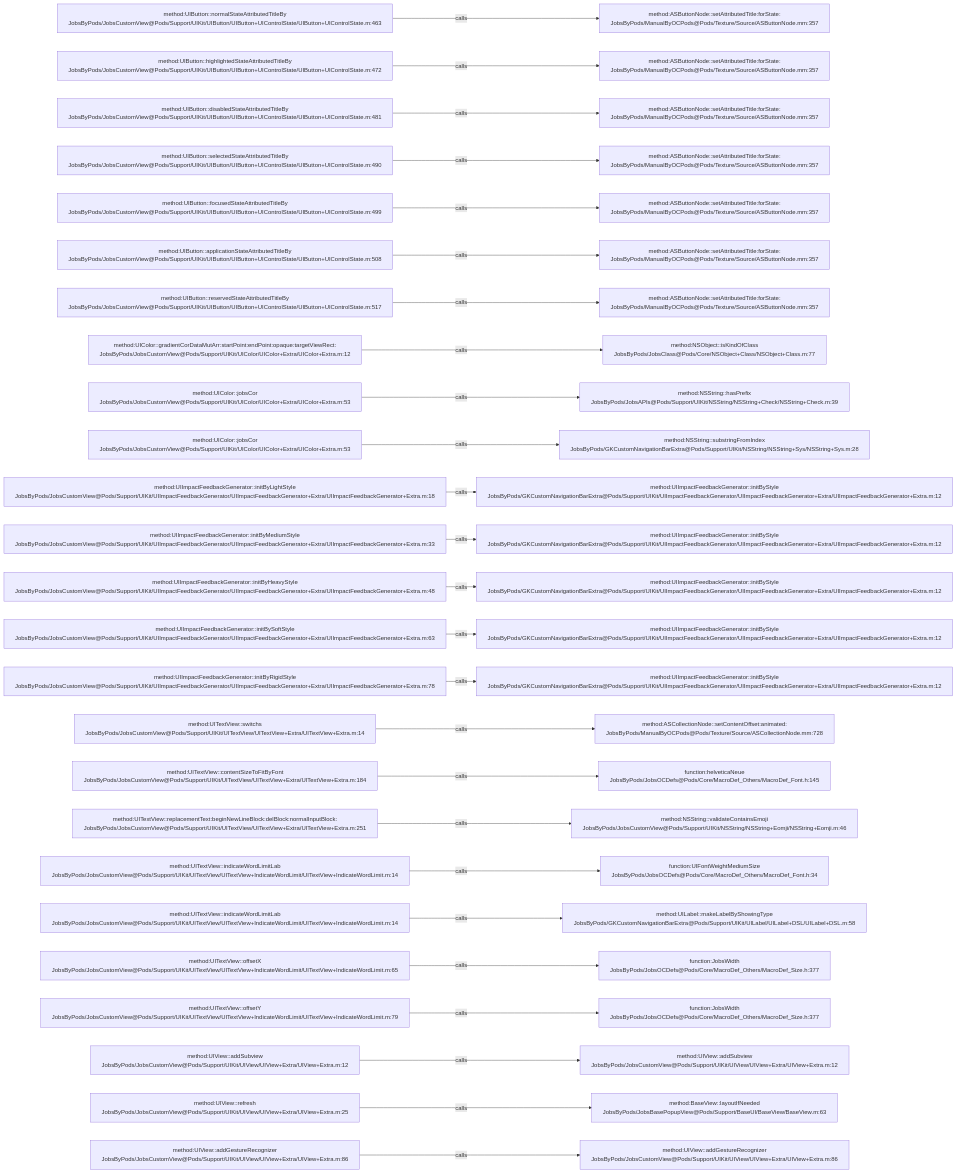
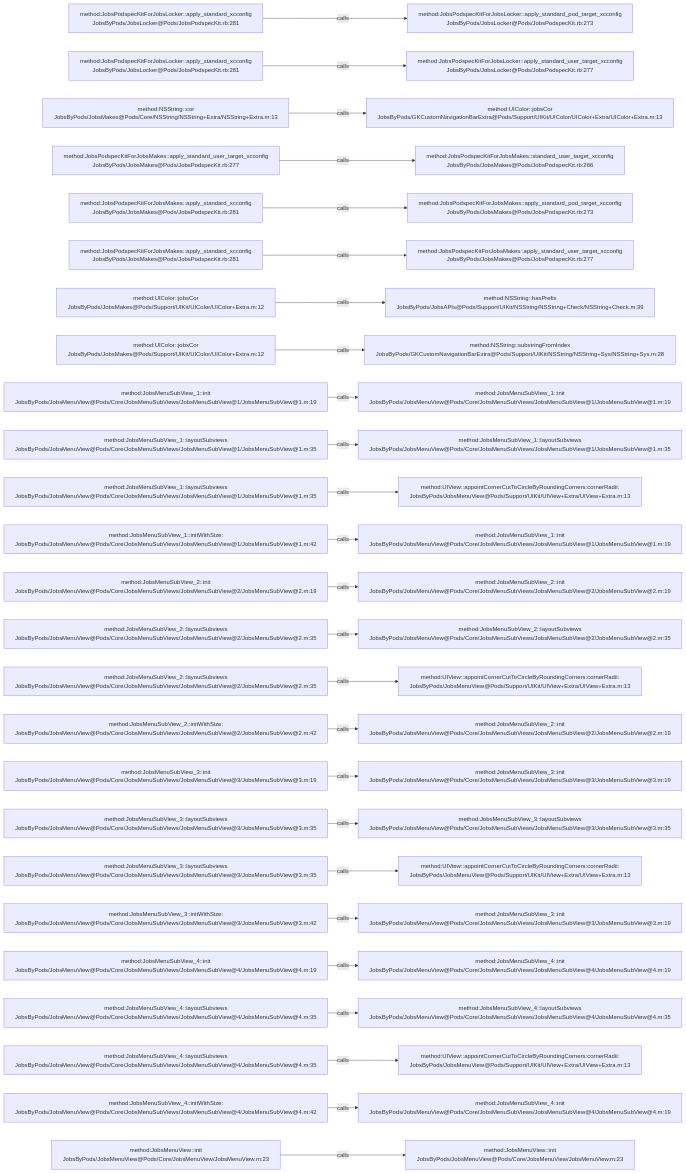
The diagram in .codegraph/codegraph.md/graphs/calls-112.md (JobsKits/JobsOCBaseConfigDemo), drawn with Mermaid before and after one commit. The commit also changed 1026 other files, not shown here.

````diff
--- a/.codegraph/codegraph.md/graphs/calls-112.md
+++ b/.codegraph/codegraph.md/graphs/calls-112.md
@@ -13,78 +13,78 @@
 ```mermaid
 flowchart LR
-  S1["method:UIButton::normalStateAttributedTitleBy<br/>JobsByPods/JobsCustomView@Pods/Support/UIKit/UIButton/UIButton+UIControlState/UIButton+UIControlState.m:463"]
-  T1["method:ASButtonNode::setAttributedTitle:forState:<br/>JobsByPods/ManualByOCPods@Pods/Texture/Source/ASButtonNode.mm:357"]
+  S1["method:JobsPodspecKitForJobsLocker::apply_standard_xcconfig<br/>JobsByPods/JobsLocker@Pods/JobsPodspecKit.rb:281"]
+  T1["method:JobsPodspecKitForJobsLocker::apply_standard_pod_target_xcconfig<br/>JobsByPods/JobsLocker@Pods/JobsPodspecKit.rb:273"]
   S1 -->|calls| T1
-  S2["method:UIButton::highlightedStateAttributedTitleBy<br/>JobsByPods/JobsCustomView@Pods/Support/UIKit/UIButton/UIButton+UIControlState/UIButton+UIControlState.m:472"]
-  T2["method:ASButtonNode::setAttributedTitle:forState:<br/>JobsByPods/ManualByOCPods@Pods/Texture/Source/ASButtonNode.mm:357"]
+  S2["method:JobsPodspecKitForJobsLocker::apply_standard_xcconfig<br/>JobsByPods/JobsLocker@Pods/JobsPodspecKit.rb:281"]
+  T2["method:JobsPodspecKitForJobsLocker::apply_standard_user_target_xcconfig<br/>JobsByPods/JobsLocker@Pods/JobsPodspecKit.rb:277"]
   S2 -->|calls| T2
-  S3["method:UIButton::disabledStateAttributedTitleBy<br/>JobsByPods/JobsCustomView@Pods/Support/UIKit/UIButton/UIButton+UIControlState/UIButton+UIControlState.m:481"]
-  T3["method:ASButtonNode::setAttributedTitle:forState:<br/>JobsByPods/ManualByOCPods@Pods/Texture/Source/ASButtonNode.mm:357"]
+  S3["method:NSString::cor<br/>JobsByPods/JobsMakes@Pods/Core/NSString/NSString+Extra/NSString+Extra.m:13"]
+  T3["method:UIColor::jobsCor<br/>JobsByPods/GKCustomNavigationBarExtra@Pods/Support/UIKit/UIColor/UIColor+Extra/UIColor+Extra.m:13"]
   S3 -->|calls| T3
-  S4["method:UIButton::selectedStateAttributedTitleBy<br/>JobsByPods/JobsCustomView@Pods/Support/UIKit/UIButton/UIButton+UIControlState/UIButton+UIControlState.m:490"]
-  T4["method:ASButtonNode::setAttributedTitle:forState:<br/>JobsByPods/ManualByOCPods@Pods/Texture/Source/ASButtonNode.mm:357"]
+  S4["method:JobsPodspecKitForJobsMakes::apply_standard_user_target_xcconfig<br/>JobsByPods/JobsMakes@Pods/JobsPodspecKit.rb:277"]
+  T4["method:JobsPodspecKitForJobsMakes::standard_user_target_xcconfig<br/>JobsByPods/JobsMakes@Pods/JobsPodspecKit.rb:266"]
   S4 -->|calls| T4
-  S5["method:UIButton::focusedStateAttributedTitleBy<br/>JobsByPods/JobsCustomView@Pods/Support/UIKit/UIButton/UIButton+UIControlState/UIButton+UIControlState.m:499"]
-  T5["method:ASButtonNode::setAttributedTitle:forState:<br/>JobsByPods/ManualByOCPods@Pods/Texture/Source/ASButtonNode.mm:357"]
+  S5["method:JobsPodspecKitForJobsMakes::apply_standard_xcconfig<br/>JobsByPods/JobsMakes@Pods/JobsPodspecKit.rb:281"]
+  T5["method:JobsPodspecKitForJobsMakes::apply_standard_pod_target_xcconfig<br/>JobsByPods/JobsMakes@Pods/JobsPodspecKit.rb:273"]
   S5 -->|calls| T5
-  S6["method:UIButton::applicationStateAttributedTitleBy<br/>JobsByPods/JobsCustomView@Pods/Support/UIKit/UIButton/UIButton+UIControlState/UIButton+UIControlState.m:508"]
-  T6["method:ASButtonNode::setAttributedTitle:forState:<br/>JobsByPods/ManualByOCPods@Pods/Texture/Source/ASButtonNode.mm:357"]
+  S6["method:JobsPodspecKitForJobsMakes::apply_standard_xcconfig<br/>JobsByPods/JobsMakes@Pods/JobsPodspecKit.rb:281"]
+  T6["method:JobsPodspecKitForJobsMakes::apply_standard_user_target_xcconfig<br/>JobsByPods/JobsMakes@Pods/JobsPodspecKit.rb:277"]
   S6 -->|calls| T6
-  S7["method:UIButton::reservedStateAttributedTitleBy<br/>JobsByPods/JobsCustomView@Pods/Support/UIKit/UIButton/UIButton+UIControlState/UIButton+UIControlState.m:517"]
-  T7["method:ASButtonNode::setAttributedTitle:forState:<br/>JobsByPods/ManualByOCPods@Pods/Texture/Source/ASButtonNode.mm:357"]
+  S7["method:UIColor::jobsCor<br/>JobsByPods/JobsMakes@Pods/Support/UIKit/UIColor/UIColor+Extra.m:12"]
+  T7["method:NSString::hasPrefix<br/>JobsByPods/JobsAPIs@Pods/Support/UIKit/NSString/NSString+Check/NSString+Check.m:39"]
   S7 -->|calls| T7
-  S8["method:UIColor::gradientCorDataMutArr:startPoint:endPoint:opaque:targetViewRect:<br/>JobsByPods/JobsCustomView@Pods/Support/UIKit/UIColor/UIColor+Extra/UIColor+Extra.m:12"]
-  T8["method:NSObject::isKindOfClass<br/>JobsByPods/JobsClass@Pods/Core/NSObject+Class/NSObject+Class.m:77"]
+  S8["method:UIColor::jobsCor<br/>JobsByPods/JobsMakes@Pods/Support/UIKit/UIColor/UIColor+Extra.m:12"]
+  T8["method:NSString::substringFromIndex<br/>JobsByPods/GKCustomNavigationBarExtra@Pods/Support/UIKit/NSString/NSString+Sys/NSString+Sys.m:28"]
   S8 -->|calls| T8
-  S9["method:UIColor::jobsCor<br/>JobsByPods/JobsCustomView@Pods/Support/UIKit/UIColor/UIColor+Extra/UIColor+Extra.m:53"]
-  T9["method:NSString::hasPrefix<br/>JobsByPods/JobsAPIs@Pods/Support/UIKit/NSString/NSString+Check/NSString+Check.m:39"]
+  S9["method:JobsMenuSubView_1::init<br/>JobsByPods/JobsMenuView@Pods/Core/JobsMenuSubViews/JobsMenuSubView@1/JobsMenuSubView@1.m:19"]
+  T9["method:JobsMenuSubView_1::init<br/>JobsByPods/JobsMenuView@Pods/Core/JobsMenuSubViews/JobsMenuSubView@1/JobsMenuSubView@1.m:19"]
   S9 -->|calls| T9
-  S10["method:UIColor::jobsCor<br/>JobsByPods/JobsCustomView@Pods/Support/UIKit/UIColor/UIColor+Extra/UIColor+Extra.m:53"]
-  T10["method:NSString::substringFromIndex<br/>JobsByPods/GKCustomNavigationBarExtra@Pods/Support/UIKit/NSString/NSString+Sys/NSString+Sys.m:28"]
+  S10["method:JobsMenuSubView_1::layoutSubviews<br/>JobsByPods/JobsMenuView@Pods/Core/JobsMenuSubViews/JobsMenuSubView@1/JobsMenuSubView@1.m:35"]
+  T10["method:JobsMenuSubView_1::layoutSubviews<br/>JobsByPods/JobsMenuView@Pods/Core/JobsMenuSubViews/JobsMenuSubView@1/JobsMenuSubView@1.m:35"]
   S10 -->|calls| T10
-  S11["method:UIImpactFeedbackGenerator::initByLightStyle<br/>JobsByPods/JobsCustomView@Pods/Support/UIKit/UIImpactFeedbackGenerator/UIImpactFeedbackGenerator+Extra/UIImpactFeedbackGenerator+Extra.m:18"]
-  T11["method:UIImpactFeedbackGenerator::initByStyle<br/>JobsByPods/GKCustomNavigationBarExtra@Pods/Support/UIKit/UIImpactFeedbackGenerator/UIImpactFeedbackGenerator+Extra/UIImpactFeedbackGenerator+Extra.m:12"]
+  S11["method:JobsMenuSubView_1::layoutSubviews<br/>JobsByPods/JobsMenuView@Pods/Core/JobsMenuSubViews/JobsMenuSubView@1/JobsMenuSubView@1.m:35"]
+  T11["method:UIView::appointCornerCutToCircleByRoundingCorners:cornerRadii:<br/>JobsByPods/JobsMenuView@Pods/Support/UIKit/UIView+Extra/UIView+Extra.m:13"]
   S11 -->|calls| T11
-  S12["method:UIImpactFeedbackGenerator::initByMediumStyle<br/>JobsByPods/JobsCustomView@Pods/Support/UIKit/UIImpactFeedbackGenerator/UIImpactFeedbackGenerator+Extra/UIImpactFeedbackGenerator+Extra.m:33"]
-  T12["method:UIImpactFeedbackGenerator::initByStyle<br/>JobsByPods/GKCustomNavigationBarExtra@Pods/Support/UIKit/UIImpactFeedbackGenerator/UIImpactFeedbackGenerator+Extra/UIImpactFeedbackGenerator+Extra.m:12"]
+  S12["method:JobsMenuSubView_1::initWithSize:<br/>JobsByPods/JobsMenuView@Pods/Core/JobsMenuSubViews/JobsMenuSubView@1/JobsMenuSubView@1.m:42"]
+  T12["method:JobsMenuSubView_1::init<br/>JobsByPods/JobsMenuView@Pods/Core/JobsMenuSubViews/JobsMenuSubView@1/JobsMenuSubView@1.m:19"]
   S12 -->|calls| T12
-  S13["method:UIImpactFeedbackGenerator::initByHeavyStyle<br/>JobsByPods/JobsCustomView@Pods/Support/UIKit/UIImpactFeedbackGenerator/UIImpactFeedbackGenerator+Extra/UIImpactFeedbackGenerator+Extra.m:48"]
-  T13["method:UIImpactFeedbackGenerator::initByStyle<br/>JobsByPods/GKCustomNavigationBarExtra@Pods/Support/UIKit/UIImpactFeedbackGenerator/UIImpactFeedbackGenerator+Extra/UIImpactFeedbackGenerator+Extra.m:12"]
+  S13["method:JobsMenuSubView_2::init<br/>JobsByPods/JobsMenuView@Pods/Core/JobsMenuSubViews/JobsMenuSubView@2/JobsMenuSubView@2.m:19"]
+  T13["method:JobsMenuSubView_2::init<br/>JobsByPods/JobsMenuView@Pods/Core/JobsMenuSubViews/JobsMenuSubView@2/JobsMenuSubView@2.m:19"]
   S13 -->|calls| T13
-  S14["method:UIImpactFeedbackGenerator::initBySoftStyle<br/>JobsByPods/JobsCustomView@Pods/Support/UIKit/UIImpactFeedbackGenerator/UIImpactFeedbackGenerator+Extra/UIImpactFeedbackGenerator+Extra.m:63"]
-  T14["method:UIImpactFeedbackGenerator::initByStyle<br/>JobsByPods/GKCustomNavigationBarExtra@Pods/Support/UIKit/UIImpactFeedbackGenerator/UIImpactFeedbackGenerator+Extra/UIImpactFeedbackGenerator+Extra.m:12"]
+  S14["method:JobsMenuSubView_2::layoutSubviews<br/>JobsByPods/JobsMenuView@Pods/Core/JobsMenuSubViews/JobsMenuSubView@2/JobsMenuSubView@2.m:35"]
+  T14["method:JobsMenuSubView_2::layoutSubviews<br/>JobsByPods/JobsMenuView@Pods/Core/JobsMenuSubViews/JobsMenuSubView@2/JobsMenuSubView@2.m:35"]
   S14 -->|calls| T14
-  S15["method:UIImpactFeedbackGenerator::initByRigidStyle<br/>JobsByPods/JobsCustomView@Pods/Support/UIKit/UIImpactFeedbackGenerator/UIImpactFeedbackGenerator+Extra/UIImpactFeedbackGenerator+Extra.m:78"]
-  T15["method:UIImpactFeedbackGenerator::initByStyle<br/>JobsByPods/GKCustomNavigationBarExtra@Pods/Support/UIKit/UIImpactFeedbackGenerator/UIImpactFeedbackGenerator+Extra/UIImpactFeedbackGenerator+Extra.m:12"]
+  S15["method:JobsMenuSubView_2::layoutSubviews<br/>JobsByPods/JobsMenuView@Pods/Core/JobsMenuSubViews/JobsMenuSubView@2/JobsMenuSubView@2.m:35"]
+  T15["method:UIView::appointCornerCutToCircleByRoundingCorners:cornerRadii:<br/>JobsByPods/JobsMenuView@Pods/Support/UIKit/UIView+Extra/UIView+Extra.m:13"]
   S15 -->|calls| T15
-  S16["method:UITextView::switchs<br/>JobsByPods/JobsCustomView@Pods/Support/UIKit/UITextView/UITextView+Extra/UITextView+Extra.m:14"]
-  T16["method:ASCollectionNode::setContentOffset:animated:<br/>JobsByPods/ManualByOCPods@Pods/Texture/Source/ASCollectionNode.mm:728"]
+  S16["method:JobsMenuSubView_2::initWithSize:<br/>JobsByPods/JobsMenuView@Pods/Core/JobsMenuSubViews/JobsMenuSubView@2/JobsMenuSubView@2.m:42"]
+  T16["method:JobsMenuSubView_2::init<br/>JobsByPods/JobsMenuView@Pods/Core/JobsMenuSubViews/JobsMenuSubView@2/JobsMenuSubView@2.m:19"]
   S16 -->|calls| T16
-  S17["method:UITextView::contentSizeToFitByFont<br/>JobsByPods/JobsCustomView@Pods/Support/UIKit/UITextView/UITextView+Extra/UITextView+Extra.m:184"]
-  T17["function:helveticaNeue<br/>JobsByPods/JobsOCDefs@Pods/Core/MacroDef_Others/MacroDef_Font.h:145"]
+  S17["method:JobsMenuSubView_3::init<br/>JobsByPods/JobsMenuView@Pods/Core/JobsMenuSubViews/JobsMenuSubView@3/JobsMenuSubView@3.m:19"]
+  T17["method:JobsMenuSubView_3::init<br/>JobsByPods/JobsMenuView@Pods/Core/JobsMenuSubViews/JobsMenuSubView@3/JobsMenuSubView@3.m:19"]
   S17 -->|calls| T17
-  S18["method:UITextView::replacementText:beginNewLineBlock:delBlock:normalInputBlock:<br/>JobsByPods/JobsCustomView@Pods/Support/UIKit/UITextView/UITextView+Extra/UITextView+Extra.m:251"]
-  T18["method:NSString::validateContainsEmoji<br/>JobsByPods/JobsCustomView@Pods/Support/UIKit/NSString/NSString+Eomji/NSString+Eomji.m:46"]
+  S18["method:JobsMenuSubView_3::layoutSubviews<br/>JobsByPods/JobsMenuView@Pods/Core/JobsMenuSubViews/JobsMenuSubView@3/JobsMenuSubView@3.m:35"]
+  T18["method:JobsMenuSubView_3::layoutSubviews<br/>JobsByPods/JobsMenuView@Pods/Core/JobsMenuSubViews/JobsMenuSubView@3/JobsMenuSubView@3.m:35"]
   S18 -->|calls| T18
-  S19["method:UITextView::indicateWordLimitLab<br/>JobsByPods/JobsCustomView@Pods/Support/UIKit/UITextView/UITextView+IndicateWordLimit/UITextView+IndicateWordLimit.m:14"]
-  T19["function:UIFontWeightMediumSize<br/>JobsByPods/JobsOCDefs@Pods/Core/MacroDef_Others/MacroDef_Font.h:34"]
+  S19["method:JobsMenuSubView_3::layoutSubviews<br/>JobsByPods/JobsMenuView@Pods/Core/JobsMenuSubViews/JobsMenuSubView@3/JobsMenuSubView@3.m:35"]
+  T19["method:UIView::appointCornerCutToCircleByRoundingCorners:cornerRadii:<br/>JobsByPods/JobsMenuView@Pods/Support/UIKit/UIView+Extra/UIView+Extra.m:13"]
   S19 -->|calls| T19
-  S20["method:UITextView::indicateWordLimitLab<br/>JobsByPods/JobsCustomView@Pods/Support/UIKit/UITextView/UITextView+IndicateWordLimit/UITextView+IndicateWordLimit.m:14"]
-  T20["method:UILabel::makeLabelByShowingType<br/>JobsByPods/GKCustomNavigationBarExtra@Pods/Support/UIKit/UILabel/UILabel+DSL/UILabel+DSL.m:58"]
+  S20["method:JobsMenuSubView_3::initWithSize:<br/>JobsByPods/JobsMenuView@Pods/Core/JobsMenuSubViews/JobsMenuSubView@3/JobsMenuSubView@3.m:42"]
+  T20["method:JobsMenuSubView_3::init<br/>JobsByPods/JobsMenuView@Pods/Core/JobsMenuSubViews/JobsMenuSubView@3/JobsMenuSubView@3.m:19"]
   S20 -->|calls| T20
-  S21["method:UITextView::offsetX<br/>JobsByPods/JobsCustomView@Pods/Support/UIKit/UITextView/UITextView+IndicateWordLimit/UITextView+IndicateWordLimit.m:65"]
-  T21["function:JobsWidth<br/>JobsByPods/JobsOCDefs@Pods/Core/MacroDef_Others/MacroDef_Size.h:377"]
+  S21["method:JobsMenuSubView_4::init<br/>JobsByPods/JobsMenuView@Pods/Core/JobsMenuSubViews/JobsMenuSubView@4/JobsMenuSubView@4.m:19"]
+  T21["method:JobsMenuSubView_4::init<br/>JobsByPods/JobsMenuView@Pods/Core/JobsMenuSubViews/JobsMenuSubView@4/JobsMenuSubView@4.m:19"]
   S21 -->|calls| T21
-  S22["method:UITextView::offsetY<br/>JobsByPods/JobsCustomView@Pods/Support/UIKit/UITextView/UITextView+IndicateWordLimit/UITextView+IndicateWordLimit.m:79"]
-  T22["function:JobsWidth<br/>JobsByPods/JobsOCDefs@Pods/Core/MacroDef_Others/MacroDef_Size.h:377"]
+  S22["method:JobsMenuSubView_4::layoutSubviews<br/>JobsByPods/JobsMenuView@Pods/Core/JobsMenuSubViews/JobsMenuSubView@4/JobsMenuSubView@4.m:35"]
+  T22["method:JobsMenuSubView_4::layoutSubviews<br/>JobsByPods/JobsMenuView@Pods/Core/JobsMenuSubViews/JobsMenuSubView@4/JobsMenuSubView@4.m:35"]
   S22 -->|calls| T22
-  S23["method:UIView::addSubview<br/>JobsByPods/JobsCustomView@Pods/Support/UIKit/UIView/UIView+Extra/UIView+Extra.m:12"]
-  T23["method:UIView::addSubview<br/>JobsByPods/JobsCustomView@Pods/Support/UIKit/UIView/UIView+Extra/UIView+Extra.m:12"]
+  S23["method:JobsMenuSubView_4::layoutSubviews<br/>JobsByPods/JobsMenuView@Pods/Core/JobsMenuSubViews/JobsMenuSubView@4/JobsMenuSubView@4.m:35"]
+  T23["method:UIView::appointCornerCutToCircleByRoundingCorners:cornerRadii:<br/>JobsByPods/JobsMenuView@Pods/Support/UIKit/UIView+Extra/UIView+Extra.m:13"]
   S23 -->|calls| T23
-  S24["method:UIView::refresh<br/>JobsByPods/JobsCustomView@Pods/Support/UIKit/UIView/UIView+Extra/UIView+Extra.m:25"]
-  T24["method:BaseView::layoutIfNeeded<br/>JobsByPods/JobsBasePopupView@Pods/Support/BaseUI/BaseView/BaseView.m:63"]
+  S24["method:JobsMenuSubView_4::initWithSize:<br/>JobsByPods/JobsMenuView@Pods/Core/JobsMenuSubViews/JobsMenuSubView@4/JobsMenuSubView@4.m:42"]
+  T24["method:JobsMenuSubView_4::init<br/>JobsByPods/JobsMenuView@Pods/Core/JobsMenuSubViews/JobsMenuSubView@4/JobsMenuSubView@4.m:19"]
   S24 -->|calls| T24
-  S25["method:UIView::addGestureRecognizer<br/>JobsByPods/JobsCustomView@Pods/Support/UIKit/UIView/UIView+Extra/UIView+Extra.m:86"]
-  T25["method:UIView::addGestureRecognizer<br/>JobsByPods/JobsCustomView@Pods/Support/UIKit/UIView/UIView+Extra/UIView+Extra.m:86"]
+  S25["method:JobsMenuView::init<br/>JobsByPods/JobsMenuView@Pods/Core/JobsMenuView/JobsMenuView.m:23"]
+  T25["method:JobsMenuView::init<br/>JobsByPods/JobsMenuView@Pods/Core/JobsMenuView/JobsMenuView.m:23"]
   S25 -->|calls| T25
 ```
````
